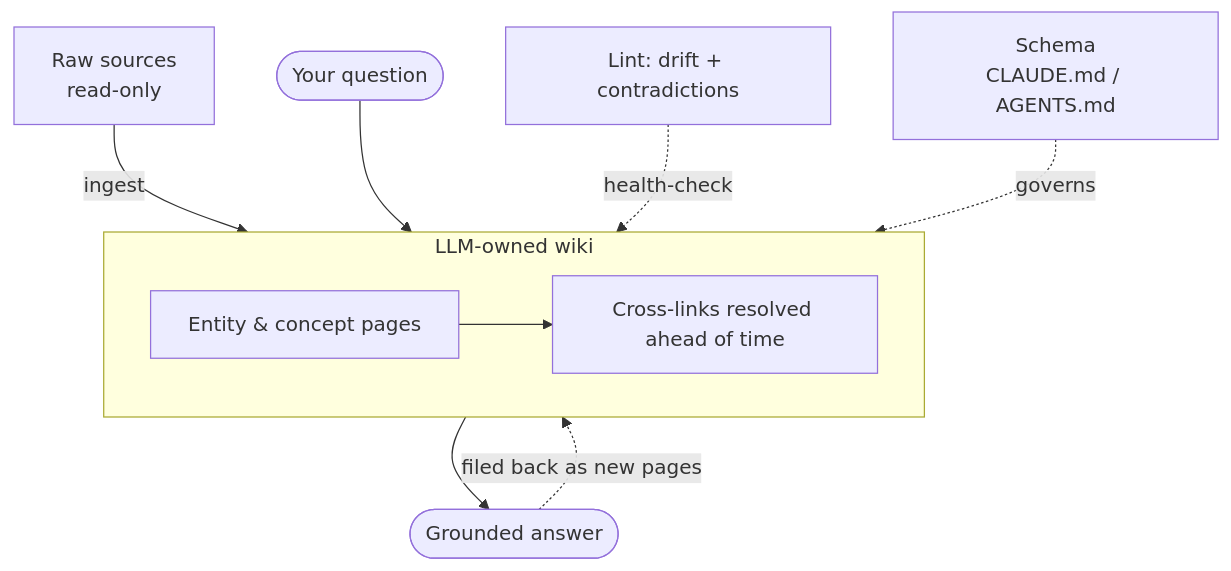
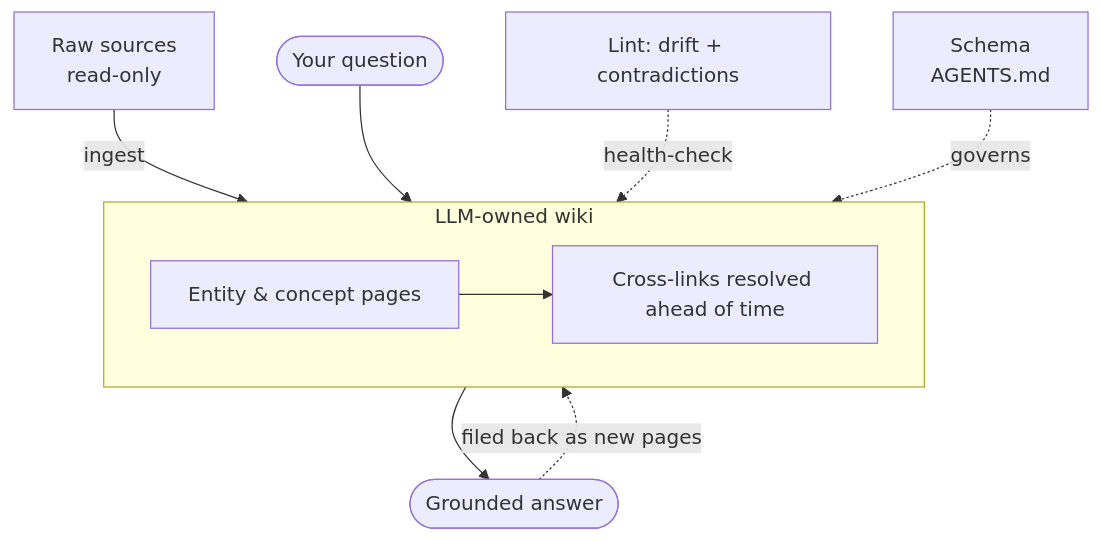
The second of 4 diagrams in book/02-productivity.md (ChristineTham/aidou), drawn with Mermaid before and after one commit. The commit also changed other lines of this file and 22 other files, not shown here.

````diff
--- a/book/02-productivity.md
+++ b/book/02-productivity.md
@@ -207,13 +207,13 @@
 ```mermaid
 flowchart TB
     R["Raw sources<br/>read-only"] -->|ingest| W
     subgraph W [LLM-owned wiki]
       direction LR
       Pg[Entity & concept pages] --> Xl[Cross-links resolved ahead of time]
     end
     Q([Your question]) --> W
     W --> Ans([Grounded answer])
     Ans -.->|filed back as new pages| W
     L[Lint: drift + contradictions] -.->|health-check| W
-    Sc["Schema<br/>CLAUDE.md / AGENTS.md"] -.->|governs| W
+    Sc["Schema<br/>AGENTS.md"] -.->|governs| W
 ```
````
